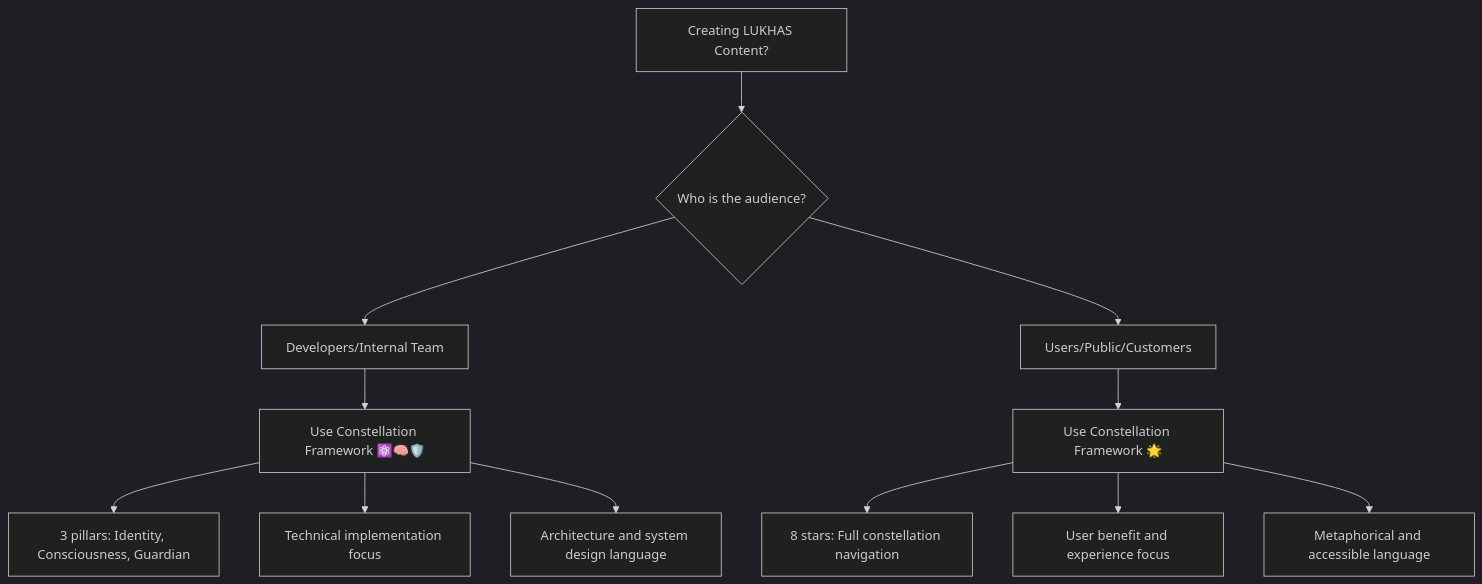
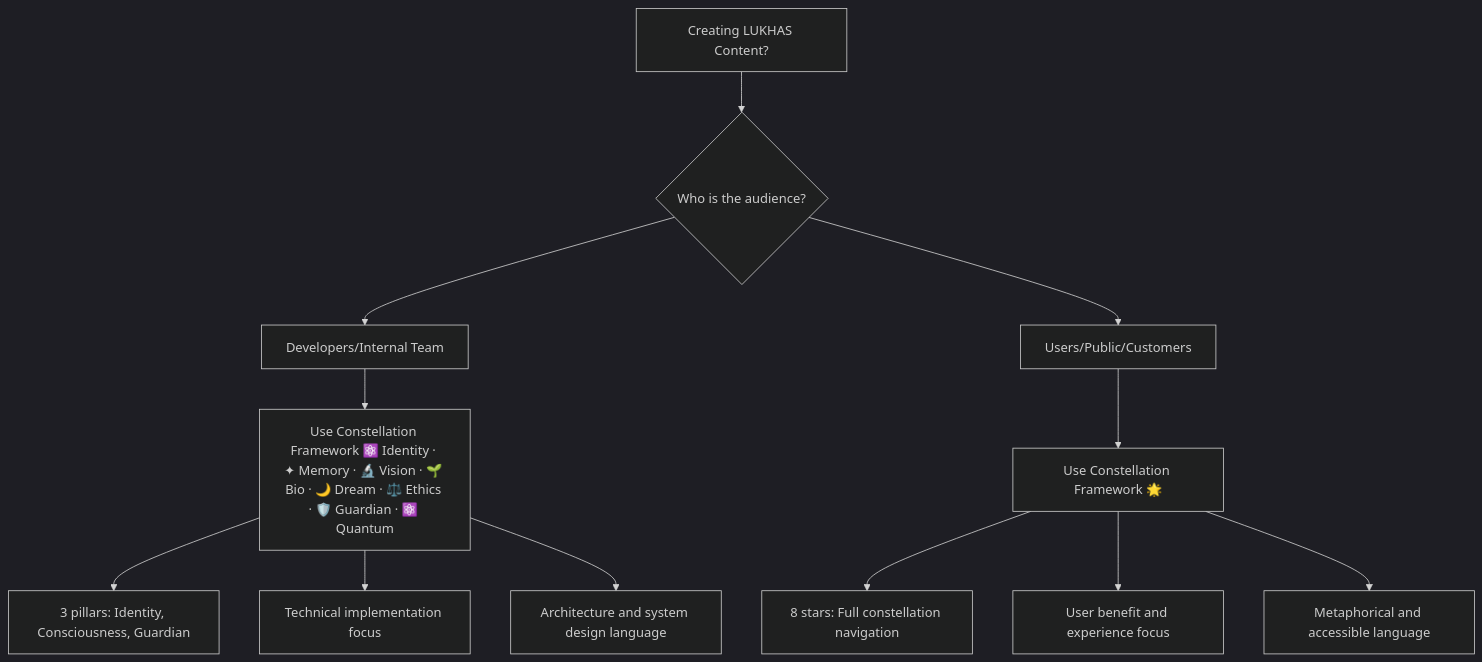
The diagram in branding/constellation/FRAMEWORK_USAGE_GUIDE.md (LukhasAI/Lukhas), drawn with Mermaid (dark theme) before and after one commit. The commit also changed other lines of this file and 555 other files, not shown here.

````diff
--- a/branding/constellation/FRAMEWORK_USAGE_GUIDE.md
+++ b/branding/constellation/FRAMEWORK_USAGE_GUIDE.md
@@ -93,16 +93,16 @@
 ```mermaid
 graph TD
     A[Creating LUKHAS Content?] --> B{Who is the audience?}
     B --> C[Developers/Internal Team]
     B --> D[Users/Public/Customers]
     
-    C --> E[Use Constellation Framework ⚛️🧠🛡️]
+    C --> E[Use Constellation Framework ⚛️ Identity · ✦ Memory · 🔬 Vision · 🌱 Bio · 🌙 Dream · ⚖️ Ethics · 🛡️ Guardian · ⚛️ Quantum]
     E --> F[3 pillars: Identity, Consciousness, Guardian]
     E --> G[Technical implementation focus]
     E --> H[Architecture and system design language]
     
     D --> I[Use Constellation Framework 🌟]
     I --> J[8 stars: Full constellation navigation]
     I --> K[User benefit and experience focus]
     I --> L[Metaphorical and accessible language]
 ```
````
